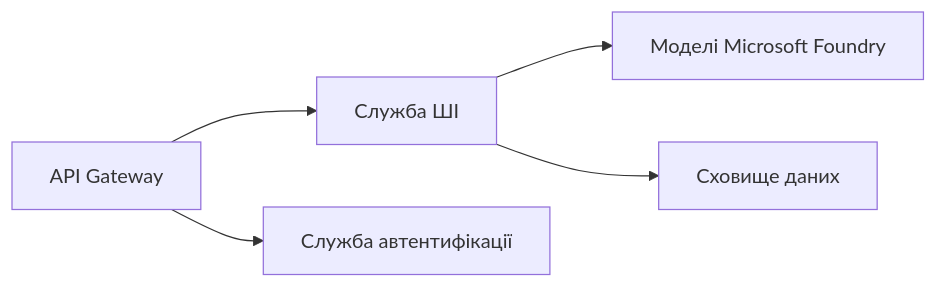
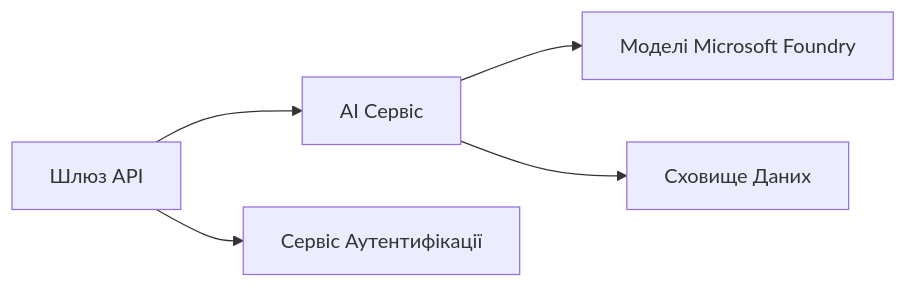
The first of 2 diagrams in translations/uk/docs/chapter-08-production/README.md (microsoft/AZD-for-beginners), drawn with Mermaid before and after one commit. The commit also changed other lines of this file and 4 other files, not shown here.

````diff
--- a/translations/uk/docs/chapter-08-production/README.md
+++ b/translations/uk/docs/chapter-08-production/README.md
@@ -48,6 +48,6 @@
 ```mermaid
 graph LR
-    Gateway[API Gateway] --> AI[Служба ШІ] --> Models[Моделі Microsoft Foundry]
-    Gateway --> Auth[Служба автентифікації]
-    AI --> Data[Сховище даних]
+    Gateway[Шлюз API] --> AI[AI Сервіс] --> Models[Моделі Microsoft Foundry]
+    Gateway --> Auth[Сервіс Аутентифікації]
+    AI --> Data[Сховище Даних]
 ```
````
